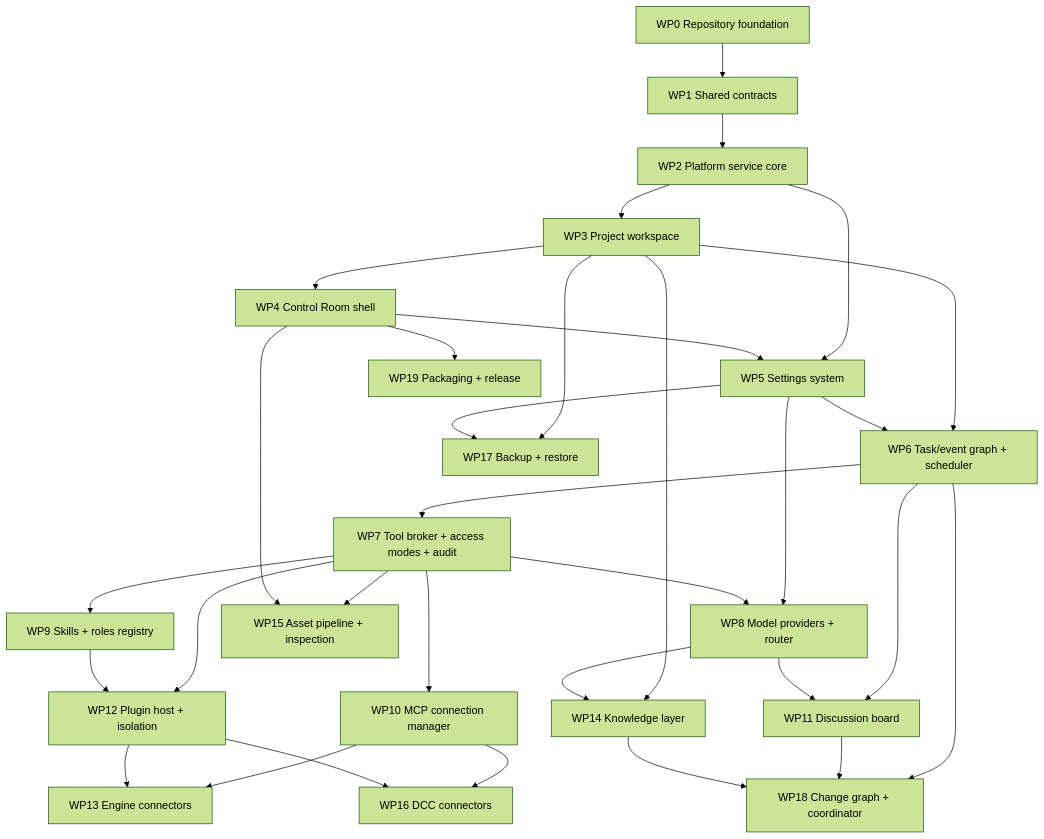
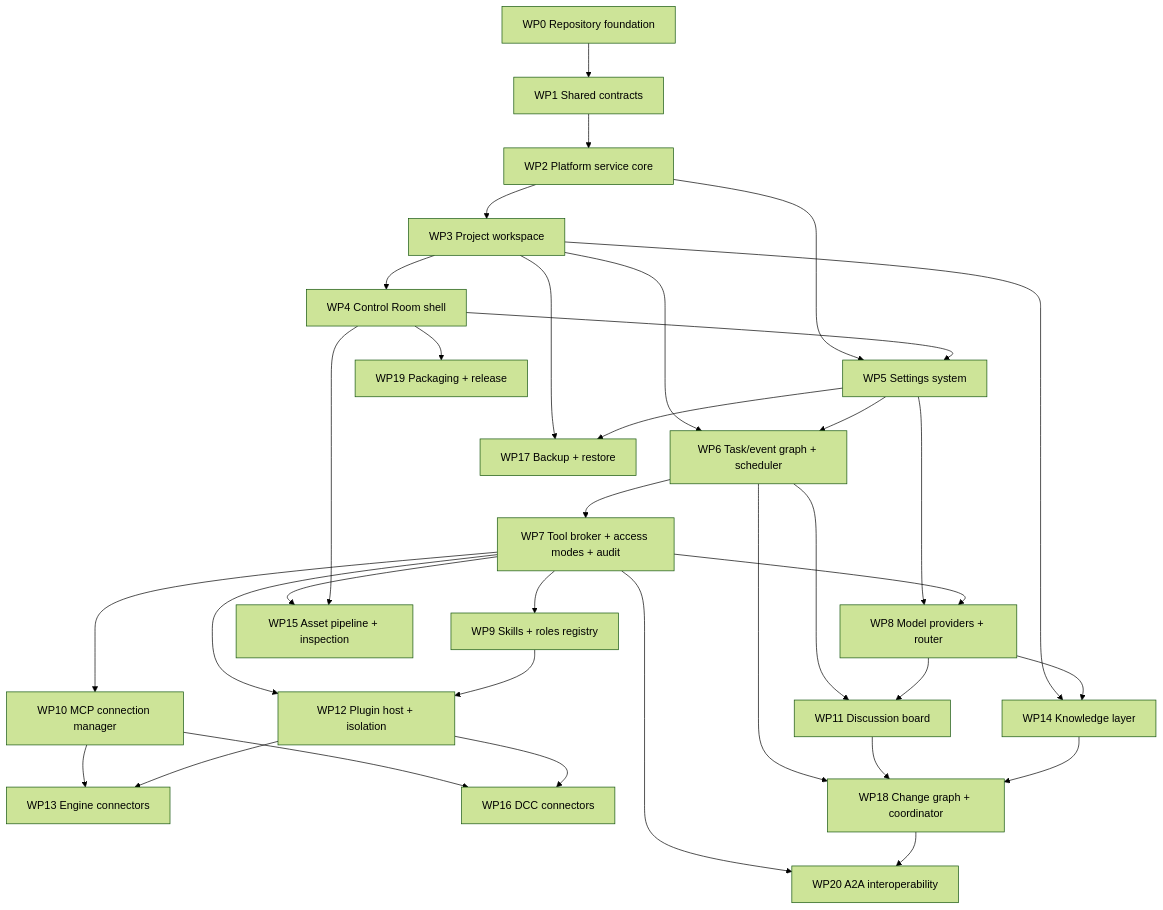
One commit to scarecr0w12/PlayWeld changed the diagram in docs/DEVELOPMENT_PLAN.md. Above: the diagram before and after it, drawn with Mermaid (forest theme). The commit also changed other lines of this file and 76 other files, not shown here.

````diff
--- a/docs/DEVELOPMENT_PLAN.md
+++ b/docs/DEVELOPMENT_PLAN.md
@@ -13,34 +13,36 @@
 ```mermaid
 flowchart TD
   WP0[WP0 Repository foundation] --> WP1[WP1 Shared contracts]
   WP1 --> WP2[WP2 Platform service core]
   WP2 --> WP3[WP3 Project workspace]
   WP3 --> WP4[WP4 Control Room shell]
   WP2 --> WP5[WP5 Settings system]
   WP4 --> WP5
   WP3 --> WP6[WP6 Task/event graph + scheduler]
   WP5 --> WP6
   WP6 --> WP7[WP7 Tool broker + access modes + audit]
   WP5 --> WP8[WP8 Model providers + router]
   WP7 --> WP8
   WP7 --> WP9[WP9 Skills + roles registry]
   WP7 --> WP10[WP10 MCP connection manager]
   WP6 --> WP11[WP11 Discussion board]
   WP8 --> WP11
   WP7 --> WP12[WP12 Plugin host + isolation]
   WP9 --> WP12
   WP10 --> WP13[WP13 Engine connectors]
   WP12 --> WP13
   WP3 --> WP14[WP14 Knowledge layer]
   WP8 --> WP14
   WP7 --> WP15[WP15 Asset pipeline + inspection]
   WP4 --> WP15
   WP10 --> WP16[WP16 DCC connectors]
   WP12 --> WP16
   WP3 --> WP17[WP17 Backup + restore]
   WP5 --> WP17
   WP6 --> WP18[WP18 Change graph + coordinator]
   WP11 --> WP18
   WP14 --> WP18
   WP4 --> WP19[WP19 Packaging + release]
+  WP7 --> WP20[WP20 A2A interoperability]
+  WP18 --> WP20
 ```
````
